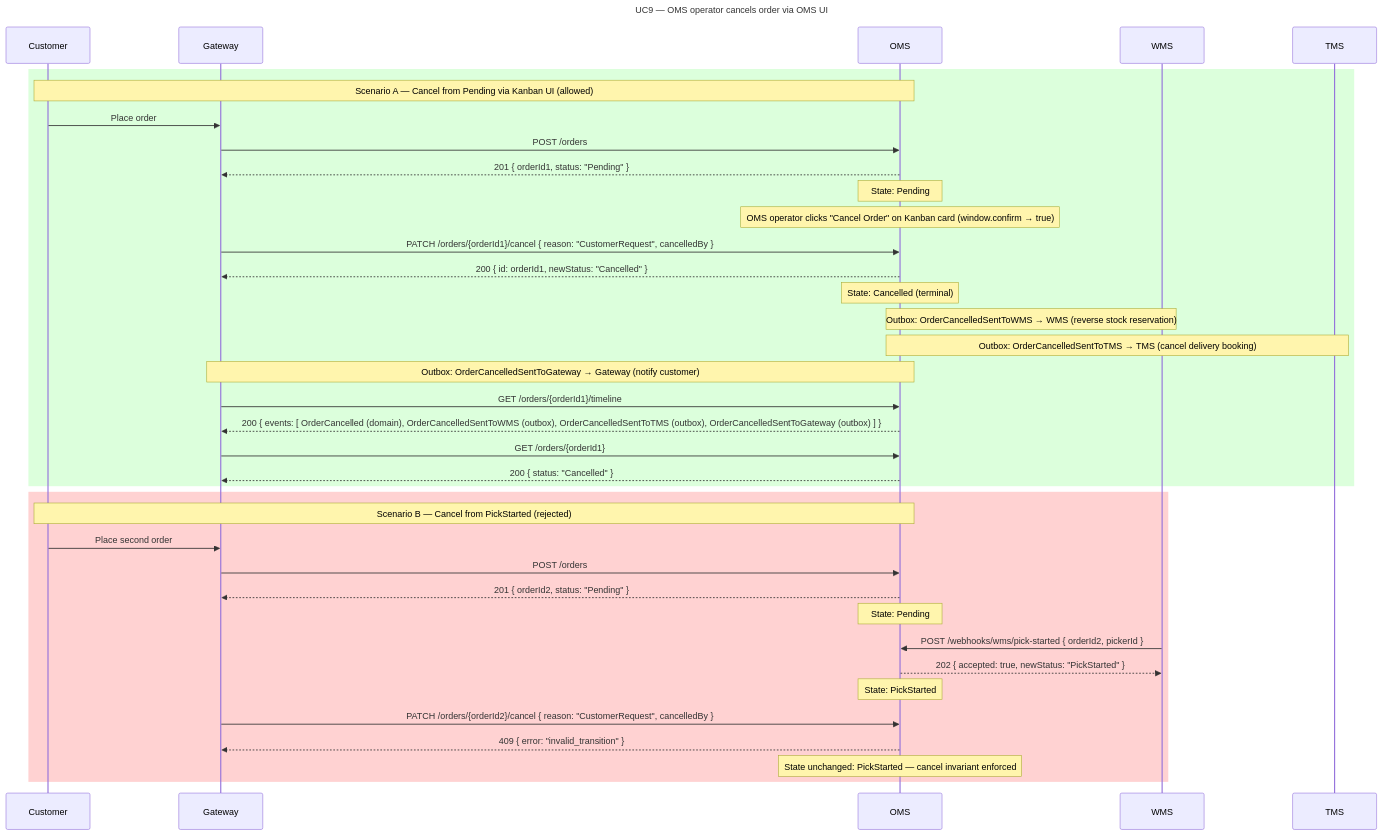
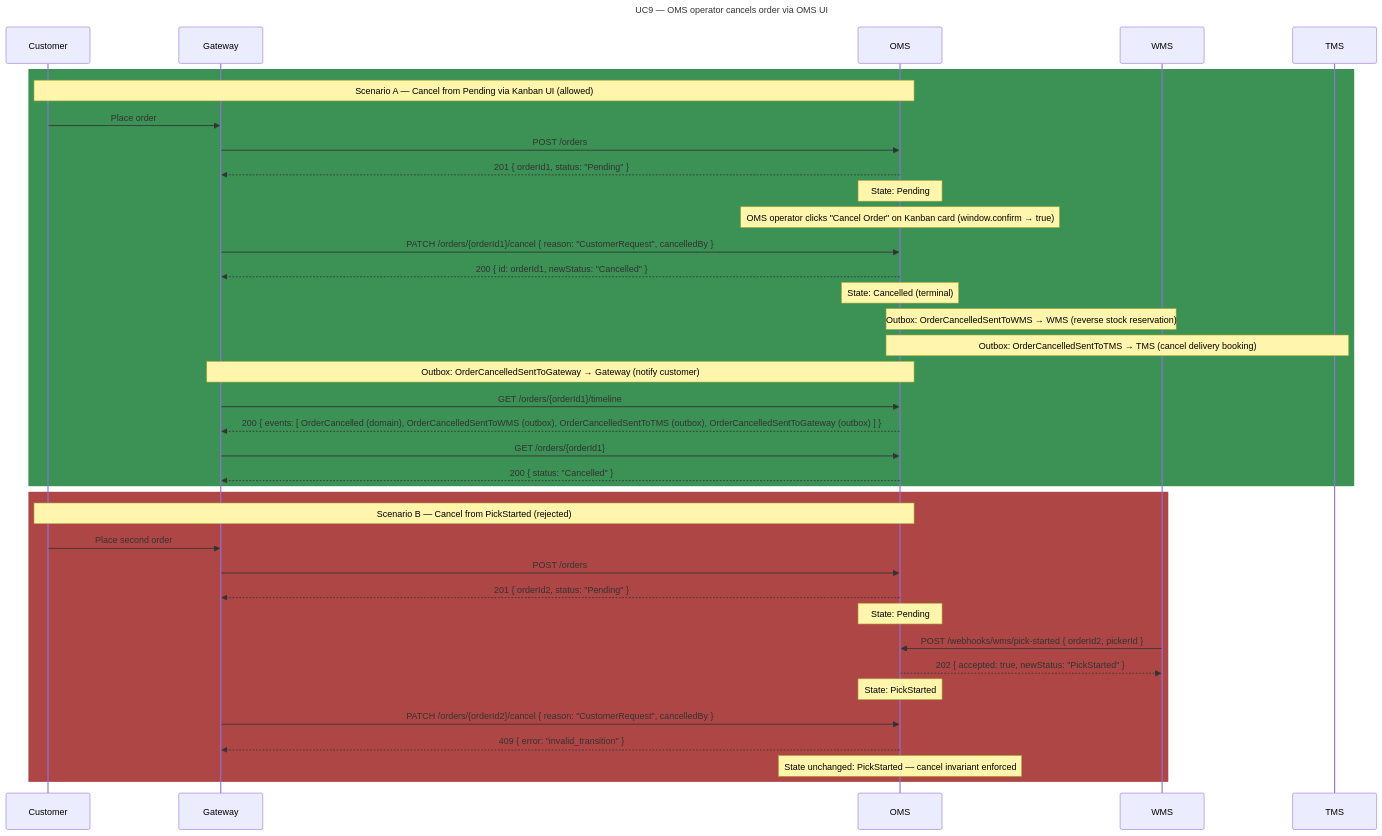
One commit to rosered11/oms-claude changed the ninth of 13 diagrams in docs/oms-e2e-sequence-diagrams.md. Above: the diagram before and after it, drawn with Mermaid. The commit also changed other lines of this file and 39 other files, not shown here.

````diff
--- a/docs/oms-e2e-sequence-diagrams.md
+++ b/docs/oms-e2e-sequence-diagrams.md
@@ -531,48 +531,48 @@
 ```mermaid
 sequenceDiagram
   title: UC9 — OMS operator cancels order via OMS UI
 
   participant Customer
   participant Gateway
   participant OMS
   participant WMS
   participant TMS
 
-  rect rgb(220, 255, 220)
+  rect rgb(60, 145, 85)
     Note over Customer,OMS: Scenario A — Cancel from Pending via Kanban UI (allowed)
     Customer->>Gateway: Place order
     Gateway->>OMS: POST /orders
     OMS-->>Gateway: 201 { orderId1, status: "Pending" }
     Note over OMS: State: Pending
 
     Note over OMS: OMS operator clicks "Cancel Order" on Kanban card (window.confirm → true)
     Gateway->>OMS: PATCH /orders/{orderId1}/cancel { reason: "CustomerRequest", cancelledBy }
     OMS-->>Gateway: 200 { id: orderId1, newStatus: "Cancelled" }
     Note over OMS: State: Cancelled (terminal)
     Note over OMS,WMS: Outbox: OrderCancelledSentToWMS → WMS (reverse stock reservation)
     Note over OMS,TMS: Outbox: OrderCancelledSentToTMS → TMS (cancel delivery booking)
     Note over OMS,Gateway: Outbox: OrderCancelledSentToGateway → Gateway (notify customer)
 
     Gateway->>OMS: GET /orders/{orderId1}/timeline
     OMS-->>Gateway: 200 { events: [ OrderCancelled (domain), OrderCancelledSentToWMS (outbox), OrderCancelledSentToTMS (outbox), OrderCancelledSentToGateway (outbox) ] }
 
     Gateway->>OMS: GET /orders/{orderId1}
     OMS-->>Gateway: 200 { status: "Cancelled" }
   end
 
-  rect rgb(255, 210, 210)
+  rect rgb(175, 70, 70)
     Note over Customer,OMS: Scenario B — Cancel from PickStarted (rejected)
     Customer->>Gateway: Place second order
     Gateway->>OMS: POST /orders
     OMS-->>Gateway: 201 { orderId2, status: "Pending" }
     Note over OMS: State: Pending
 
     WMS->>OMS: POST /webhooks/wms/pick-started { orderId2, pickerId }
     OMS-->>WMS: 202 { accepted: true, newStatus: "PickStarted" }
     Note over OMS: State: PickStarted
 
     Gateway->>OMS: PATCH /orders/{orderId2}/cancel { reason: "CustomerRequest", cancelledBy }
     OMS-->>Gateway: 409 { error: "invalid_transition" }
     Note over OMS: State unchanged: PickStarted — cancel invariant enforced
   end
 ```
````
